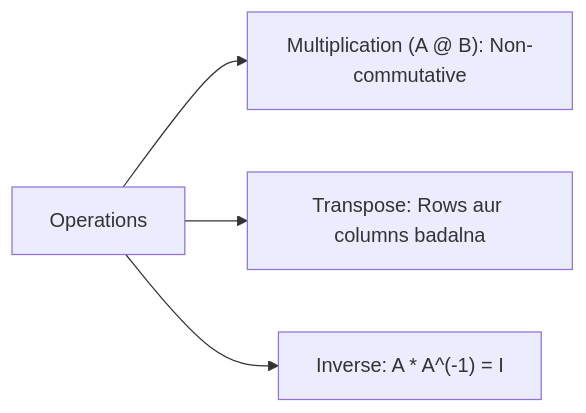
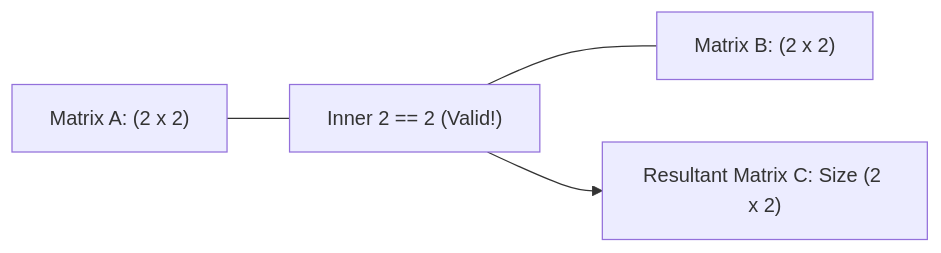
One commit to S1h2i3v4a/AI_ML changed the diagram in lecture_21/Notes_21.13/README_HINGLISH.md. Above: the diagram before and after it, drawn with Mermaid. The commit also changed other lines of this file and 203 other files, not shown here.

Commit message:
docs(lectures 19-21): align notes with video lectures, add blackboard diagrams, clean structured functions, and compile vector PDFs

````diff
--- a/lecture_21/Notes_21.13/README_HINGLISH.md
+++ b/lecture_21/Notes_21.13/README_HINGLISH.md
@@ -15,6 +42,5 @@
 ```mermaid
 flowchart LR
-    A["Operations"] --> B["Multiplication (A @ B): Non-commutative"]
-    A --> C["Transpose: Rows aur columns badalna"]
-    A --> D["Inverse: A * A^(-1) = I"]
+    A["Matrix A: (2 x 2)"] --- Match["Inner 2 == 2 (Valid!)"] --- B["Matrix B: (2 x 2)"]
+    Match --> Res["Resultant Matrix C: Size (2 x 2)"]
 ```
````
